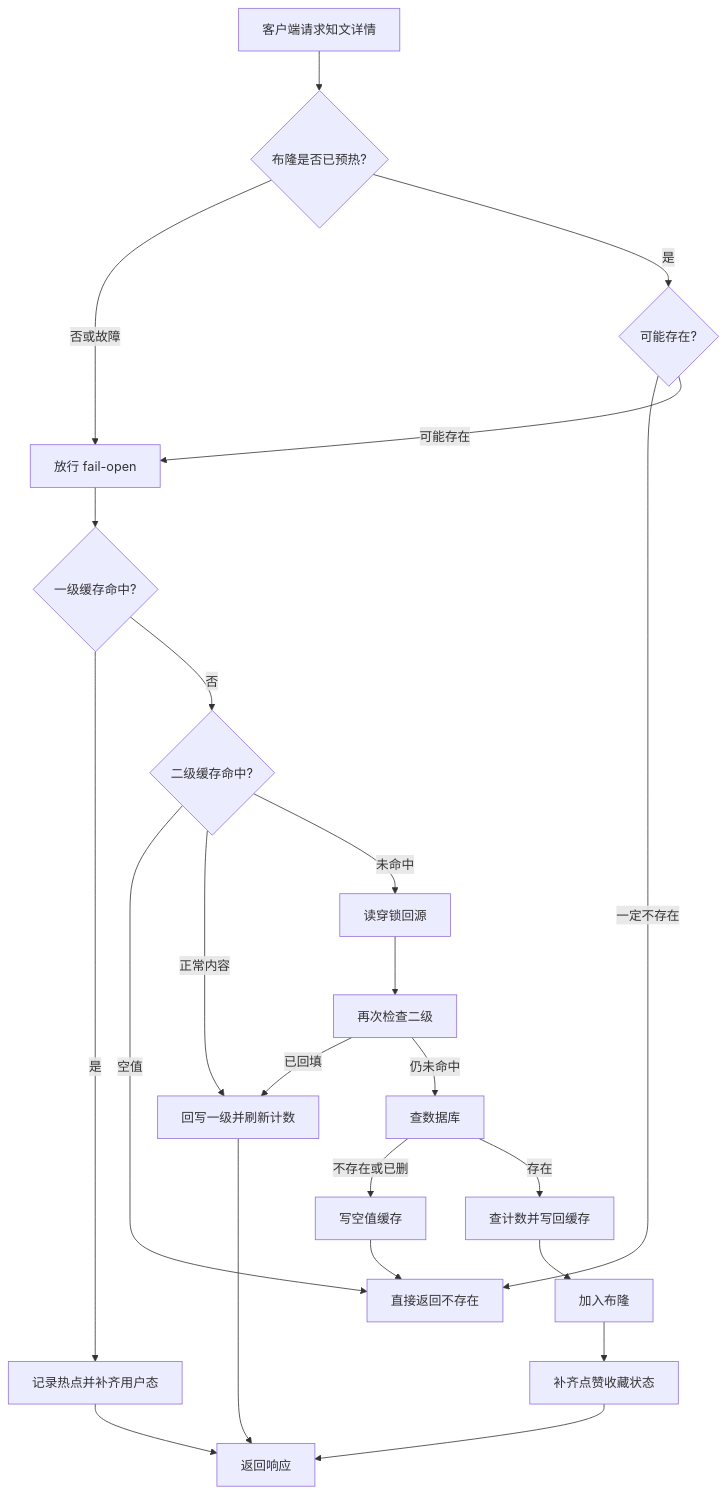
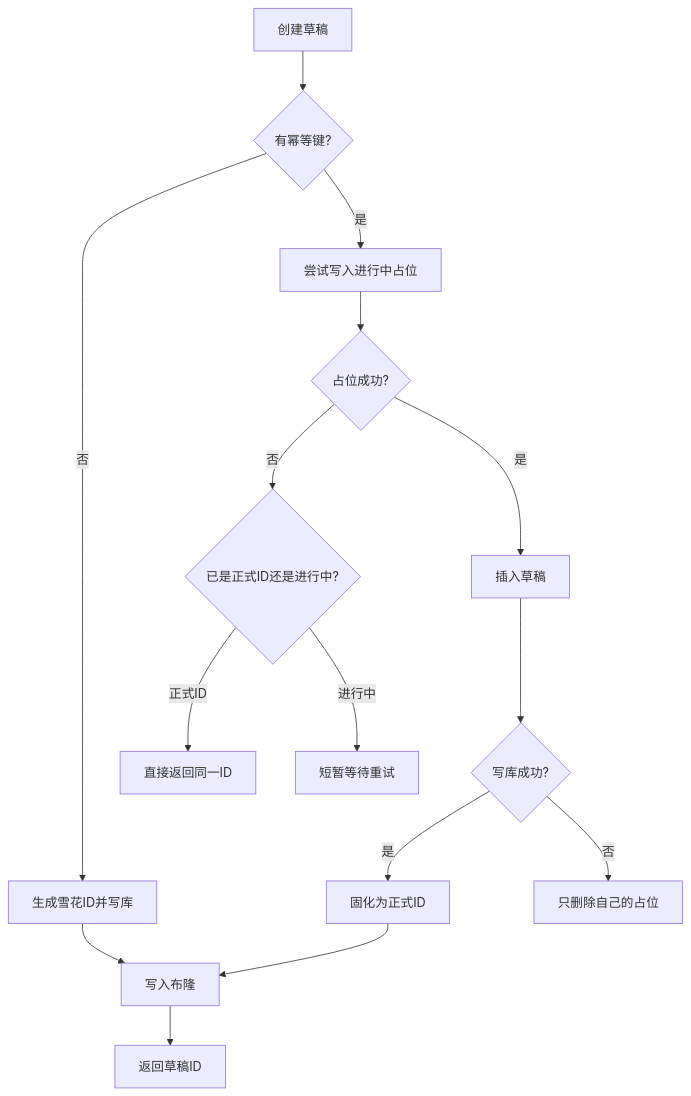
The first of 4 diagrams in docs/modules/04-知文内容缓存与Feed模块.md (bitladykiller/zhiguang_go), drawn with Mermaid before and after one commit. The commit also changed other lines of this file and 13 other files, not shown here.

````diff
--- a/docs/modules/04-知文内容缓存与Feed模块.md
+++ b/docs/modules/04-知文内容缓存与Feed模块.md
@@ -509,25 +49,17 @@
 ```mermaid
 flowchart TD
-    A[客户端请求知文详情] --> B{布隆是否已预热?}
-    B -->|否或故障| C[放行 fail-open]
-    B -->|是| D{可能存在?}
-    D -->|一定不存在| E[直接返回不存在]
-    D -->|可能存在| C
-    C --> F{一级缓存命中?}
-    F -->|是| G[记录热点并补齐用户态]
-    F -->|否| H{二级缓存命中?}
-    H -->|空值| E
-    H -->|正常内容| I[回写一级并刷新计数]
-    H -->|未命中| J[读穿锁回源]
-    J --> K[再次检查二级]
-    K -->|已回填| I
-    K -->|仍未命中| L[查数据库]
-    L -->|不存在或已删| M[写空值缓存]
-    M --> E
-    L -->|存在| N[查计数并写回缓存]
-    N --> O[加入布隆]
-    O --> P[补齐点赞收藏状态]
-    G --> Q[返回响应]
-    I --> Q
-    P --> Q
+    A[创建草稿] --> B{有幂等键?}
+    B -->|否| C[生成雪花ID并写库]
+    B -->|是| D[尝试写入进行中占位]
+    D --> E{占位成功?}
+    E -->|是| F[插入草稿]
+    F --> G{写库成功?}
+    G -->|是| H[固化为正式ID]
+    G -->|否| I[只删除自己的占位]
+    E -->|否| J{已是正式ID还是进行中?}
+    J -->|正式ID| K[直接返回同一ID]
+    J -->|进行中| L[短暂等待重试]
+    C --> M[写入布隆]
+    H --> M
+    M --> N[返回草稿ID]
 ```
````
